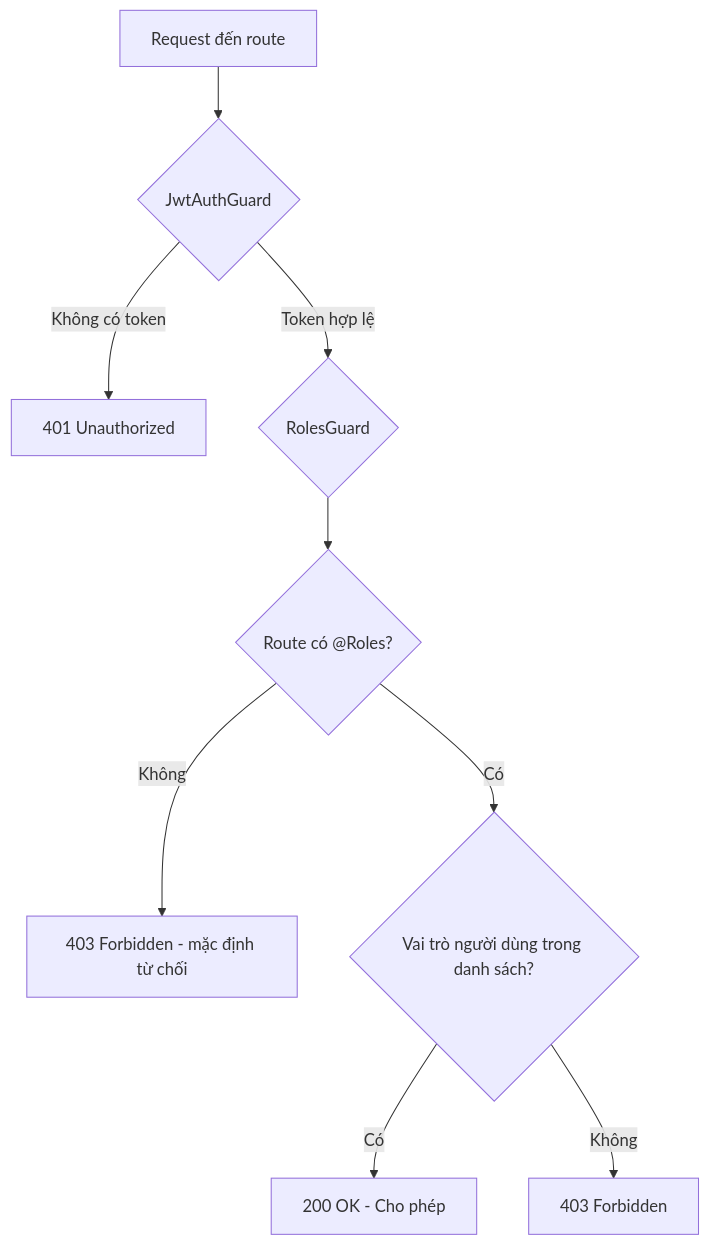
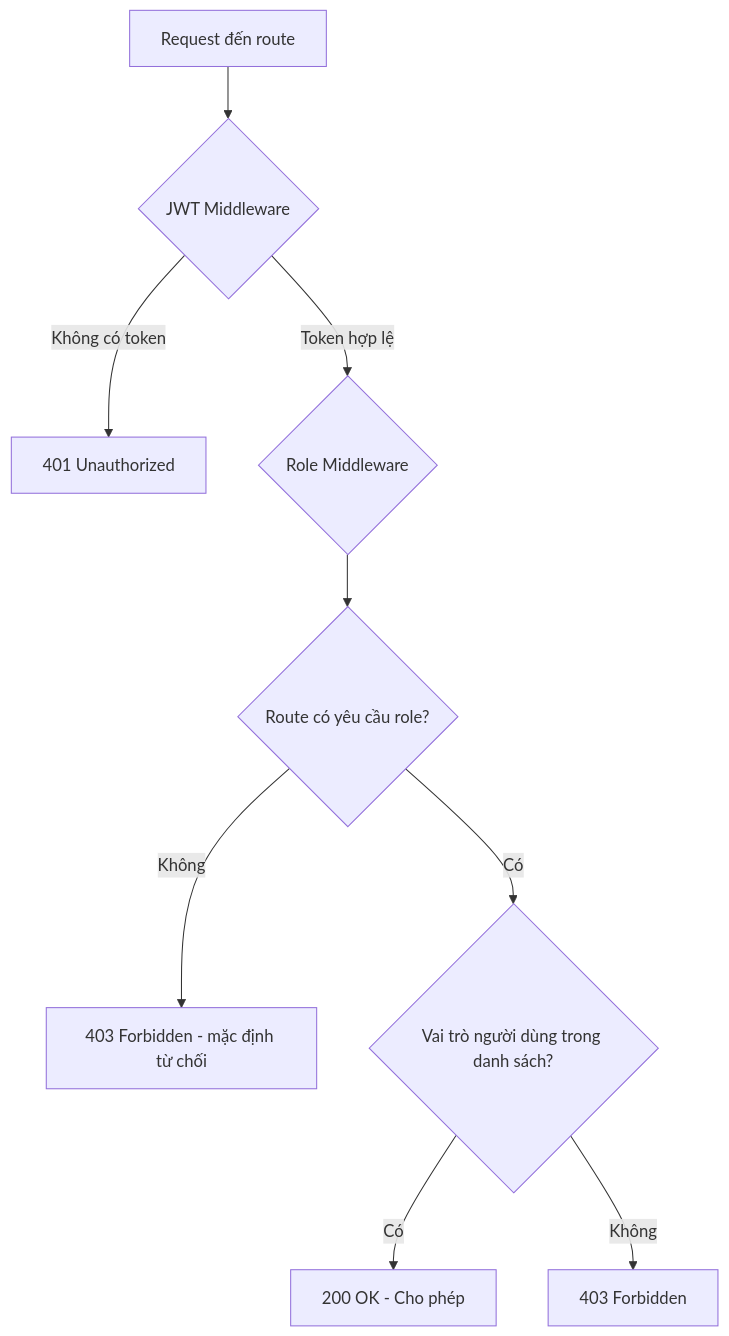
One commit to nghiaxh/hr-management changed diagram 17 of 30 in docs/SDD.md. Above: the diagram before and after it, drawn with Mermaid. The commit also changed other lines of this file and 4 other files, not shown here.

````diff
--- a/docs/SDD.md
+++ b/docs/SDD.md
@@ -1068,12 +1047,12 @@
 ```mermaid
 flowchart TD
-    START[Request đến route] --> JG{JwtAuthGuard}
-    JG -->|Không có token| 401[401 Unauthorized]
-    JG -->|Token hợp lệ| RG{RolesGuard}
+    START[Request đến route] --> AUTH{JWT Middleware}
+    AUTH -->|Không có token| 401[401 Unauthorized]
+    AUTH -->|Token hợp lệ| ROLES{Role Middleware}
     
-    RG --> CHECK{Route có @Roles?}
+    ROLES --> CHECK{Route có yêu cầu role?}
     CHECK -->|Không| FORBIDDEN[403 Forbidden - mặc định từ chối]
     CHECK -->|Có| MATCH{Vai trò người dùng trong danh sách?}
     MATCH -->|Có| ALLOW[200 OK - Cho phép]
     MATCH -->|Không| 403[403 Forbidden]
 ```
````
